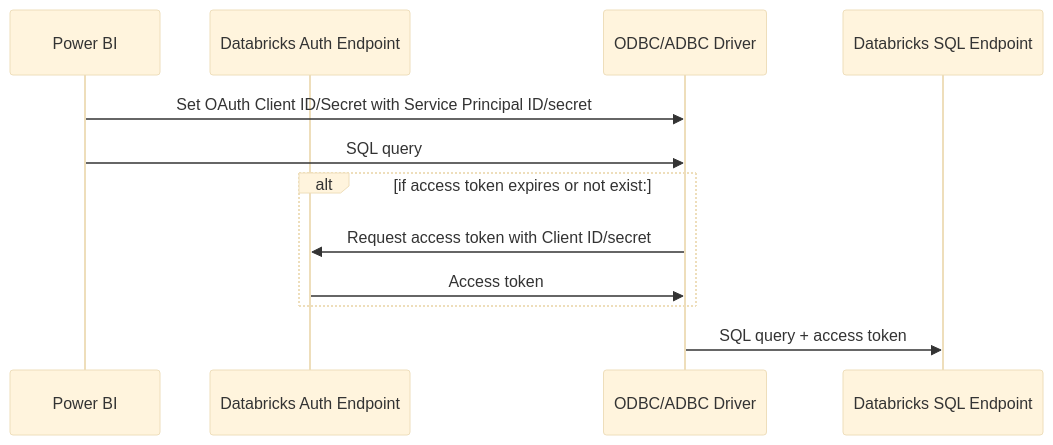
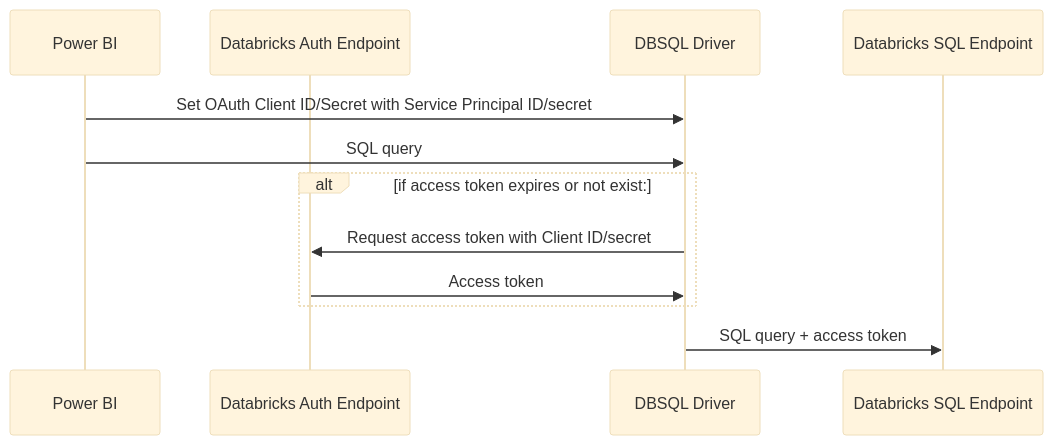
Before and after one commit to databricks-solutions/power-bi-on-databricks-quickstarts: the diagram in 13. M2M OAuth Credentials Management/README.md, drawn with Mermaid (base theme). The commit also changed other lines of this file, not shown here.

````diff
--- a/13. M2M OAuth Credentials Management/README.md
+++ b/13. M2M OAuth Credentials Management/README.md
@@ -46,15 +44,15 @@
 ```mermaid
 sequenceDiagram
     participant App as Power BI
     participant OAuth as Databricks Auth Endpoint
-    participant Driver as ODBC/ADBC Driver
+    participant Driver as DBSQL Driver
     participant DBSQL as Databricks SQL Endpoint
 
     App->>Driver: Set OAuth Client ID/Secret with Service Principal ID/secret
     App->>Driver: SQL query
     alt if access token expires or not exist:
         Driver ->> OAuth: Request access token with Client ID/secret
         OAuth ->> Driver: Access token
     end
     Driver ->> DBSQL: SQL query + access token
 ```
````
